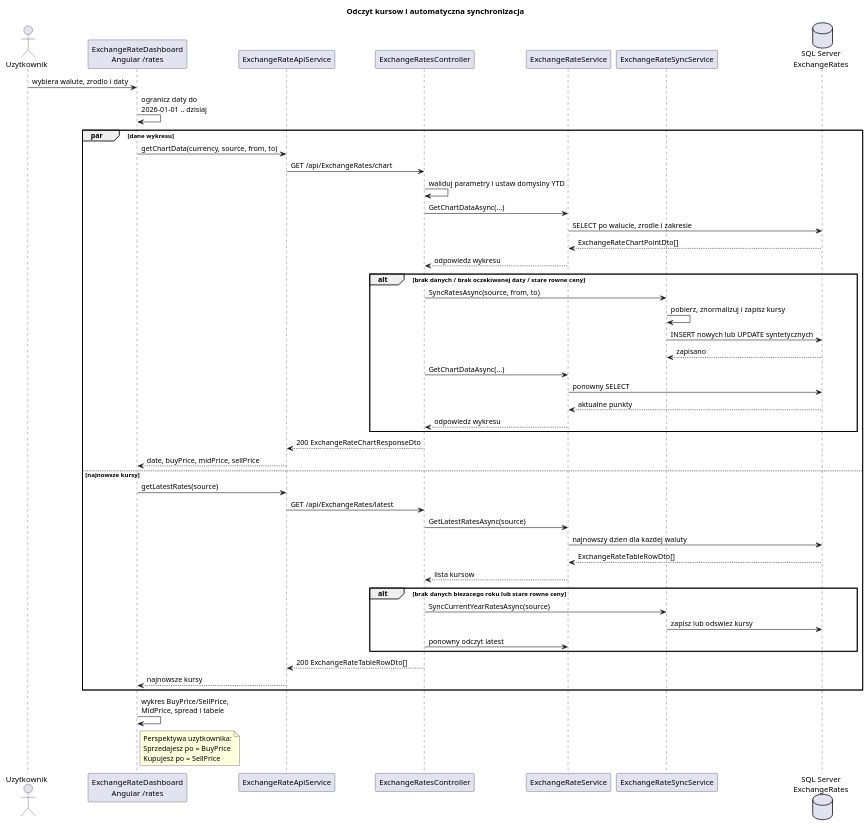
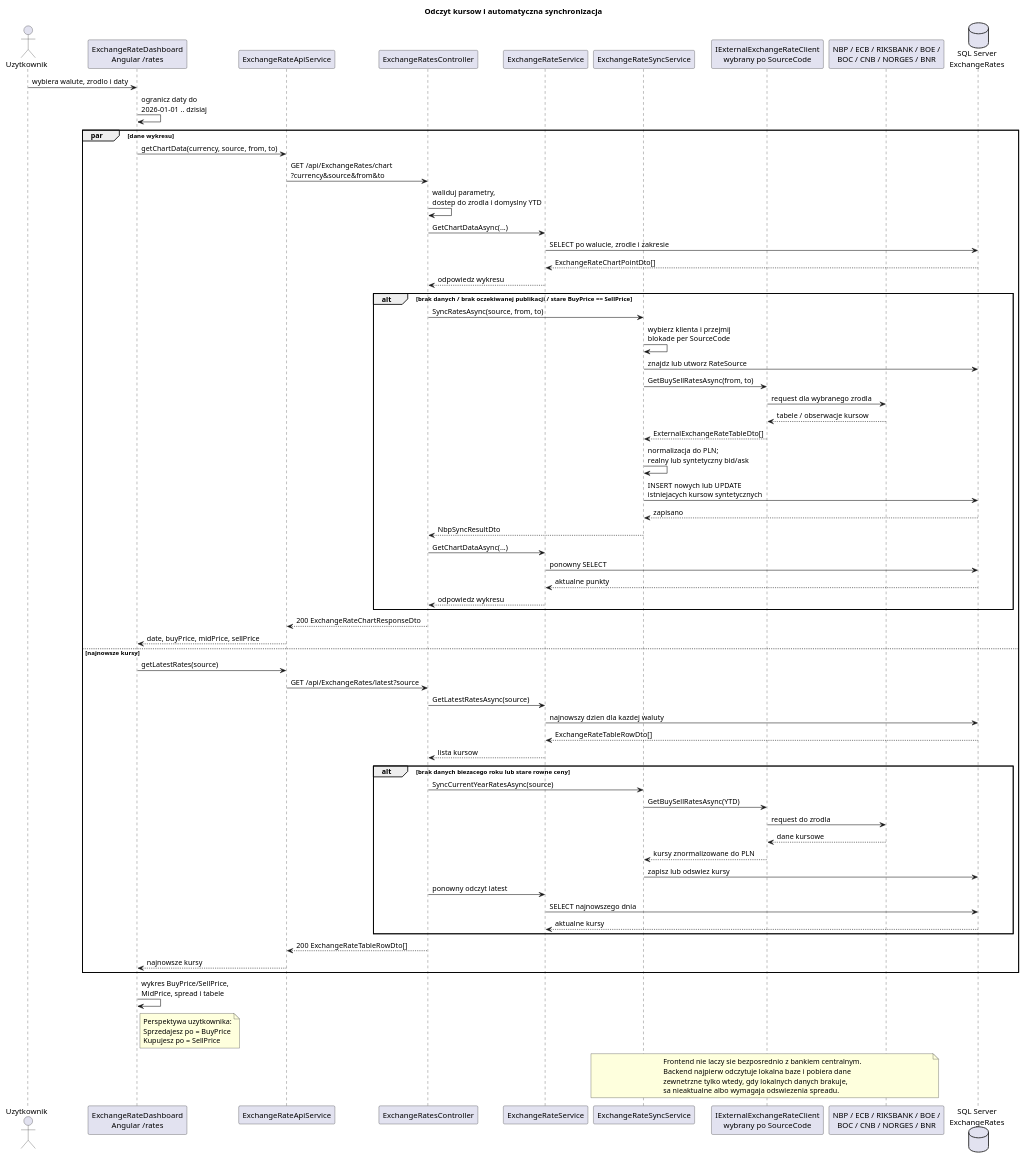
One commit to kacluc/GieudexPol changed the diagram in UML/KursyWalut/PobieranieKursowSequence.puml. Above: the diagram before and after it, drawn with PlantUML. The commit also changed 41 other files, not shown here.

```diff
--- a/UML/KursyWalut/PobieranieKursowSequence.puml
+++ b/UML/KursyWalut/PobieranieKursowSequence.puml
@@ -1,62 +1,84 @@
 @startuml
 title Odczyt kursow i automatyczna synchronizacja
 
 actor Uzytkownik as User
 participant "ExchangeRateDashboard\nAngular /rates" as Frontend
 participant "ExchangeRateApiService" as ApiClient
 participant "ExchangeRatesController" as Controller
 participant "ExchangeRateService" as ReadService
 participant "ExchangeRateSyncService" as SyncService
+participant "IExternalExchangeRateClient\nwybrany po SourceCode" as ExternalClient
+participant "NBP / ECB / RIKSBANK / BOE /\nBOC / CNB / NORGES / BNR" as Provider
 database "SQL Server\nExchangeRates" as Db
 
 User -> Frontend: wybiera walute, zrodlo i daty
 Frontend -> Frontend: ogranicz daty do\n2026-01-01 .. dzisiaj
 
 par dane wykresu
   Frontend -> ApiClient: getChartData(currency, source, from, to)
-  ApiClient -> Controller: GET /api/ExchangeRates/chart
-  Controller -> Controller: waliduj parametry i ustaw domyslny YTD
+  ApiClient -> Controller: GET /api/ExchangeRates/chart\n?currency&source&from&to
+  Controller -> Controller: waliduj parametry,\ndostep do zrodla i domyslny YTD
   Controller -> ReadService: GetChartDataAsync(...)
   ReadService -> Db: SELECT po walucie, zrodle i zakresie
   Db --> ReadService: ExchangeRateChartPointDto[]
   ReadService --> Controller: odpowiedz wykresu
 
-  alt brak danych / brak oczekiwanej daty / stare rowne ceny
+  alt brak danych / brak oczekiwanej publikacji / stare BuyPrice == SellPrice
     Controller -> SyncService: SyncRatesAsync(source, from, to)
-    SyncService -> SyncService: pobierz, znormalizuj i zapisz kursy
-    SyncService -> Db: INSERT nowych lub UPDATE syntetycznych
+    SyncService -> SyncService: wybierz klienta i przejmij\nblokade per SourceCode
+    SyncService -> Db: znajdz lub utworz RateSource
+    SyncService -> ExternalClient: GetBuySellRatesAsync(from, to)
+    ExternalClient -> Provider: request dla wybranego zrodla
+    Provider --> ExternalClient: tabele / obserwacje kursow
+    ExternalClient --> SyncService: ExternalExchangeRateTableDto[]
+    SyncService -> SyncService: normalizacja do PLN;\nrealny lub syntetyczny bid/ask
+    SyncService -> Db: INSERT nowych lub UPDATE\nistniejacych kursow syntetycznych
     Db --> SyncService: zapisano
+    SyncService --> Controller: NbpSyncResultDto
     Controller -> ReadService: GetChartDataAsync(...)
     ReadService -> Db: ponowny SELECT
     Db --> ReadService: aktualne punkty
     ReadService --> Controller: odpowiedz wykresu
   end
 
   Controller --> ApiClient: 200 ExchangeRateChartResponseDto
   ApiClient --> Frontend: date, buyPrice, midPrice, sellPrice
 else najnowsze kursy
   Frontend -> ApiClient: getLatestRates(source)
-  ApiClient -> Controller: GET /api/ExchangeRates/latest
+  ApiClient -> Controller: GET /api/ExchangeRates/latest?source
   Controller -> ReadService: GetLatestRatesAsync(source)
   ReadService -> Db: najnowszy dzien dla kazdej waluty
   Db --> ReadService: ExchangeRateTableRowDto[]
   ReadService --> Controller: lista kursow
 
   alt brak danych biezacego roku lub stare rowne ceny
     Controller -> SyncService: SyncCurrentYearRatesAsync(source)
+    SyncService -> ExternalClient: GetBuySellRatesAsync(YTD)
+    ExternalClient -> Provider: request do zrodla
+    Provider --> ExternalClient: dane kursowe
+    ExternalClient --> SyncService: kursy znormalizowane do PLN
     SyncService -> Db: zapisz lub odswiez kursy
     Controller -> ReadService: ponowny odczyt latest
+    ReadService -> Db: SELECT najnowszego dnia
+    Db --> ReadService: aktualne kursy
   end
 
   Controller --> ApiClient: 200 ExchangeRateTableRowDto[]
   ApiClient --> Frontend: najnowsze kursy
 end
 
 Frontend -> Frontend: wykres BuyPrice/SellPrice,\nMidPrice, spread i tabele
 
 note right of Frontend
 Perspektywa uzytkownika:
 Sprzedajesz po = BuyPrice
 Kupujesz po = SellPrice
 end note
+
+note over SyncService, Provider
+Frontend nie laczy sie bezposrednio z bankiem centralnym.
+Backend najpierw odczytuje lokalna baze i pobiera dane
+zewnetrzne tylko wtedy, gdy lokalnych danych brakuje,
+sa nieaktualne albo wymagaja odswiezenia spreadu.
+end note
 @enduml
```
